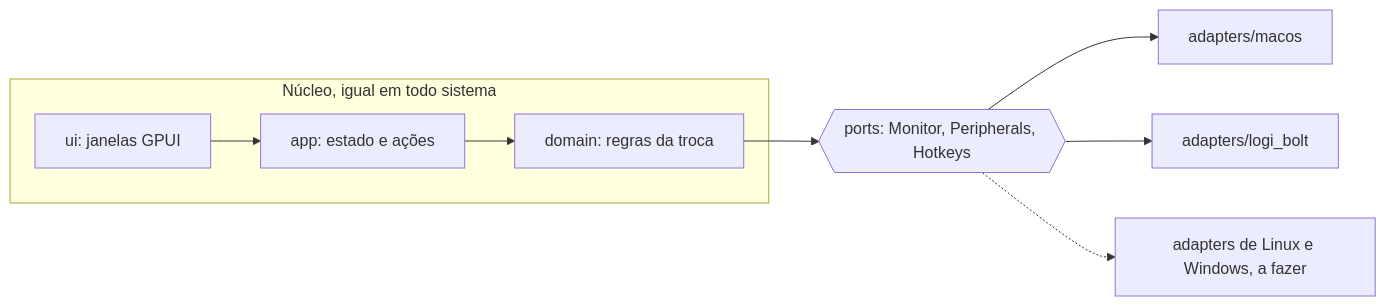
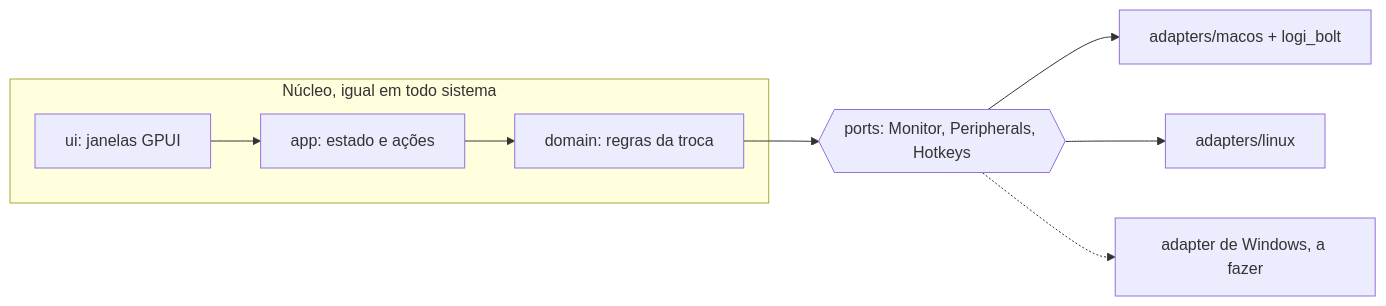
The diagram in README.md (mpgxc/kvm-switch), drawn with Mermaid before and after one commit. The commit also changed other lines of this file and 29 other files, not shown here.

First line of the commit message:
add Linux adapters: ddcutil, Logitech hidraw and GNOME shortcuts

````diff
--- a/README.md
+++ b/README.md
@@ -51,11 +85,11 @@
 ```mermaid
 flowchart LR
   subgraph nucleo [Núcleo, igual em todo sistema]
     ui[ui: janelas GPUI] --> app[app: estado e ações]
     app --> domain[domain: regras da troca]
   end
   domain --> ports{{ports: Monitor, Peripherals, Hotkeys}}
-  ports --> mac[adapters/macos]
-  ports --> bolt[adapters/logi_bolt]
-  ports -.-> outros[adapters de Linux e Windows, a fazer]
+  ports --> mac[adapters/macos + logi_bolt]
+  ports --> linux[adapters/linux]
+  ports -.-> outros[adapter de Windows, a fazer]
 ```
````
